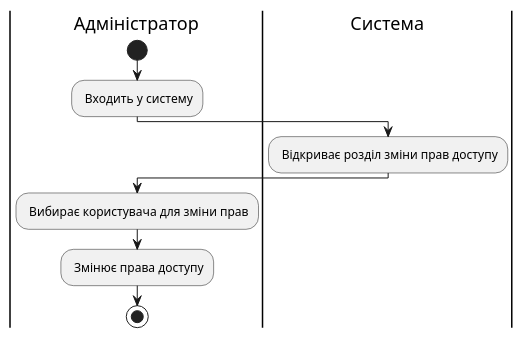
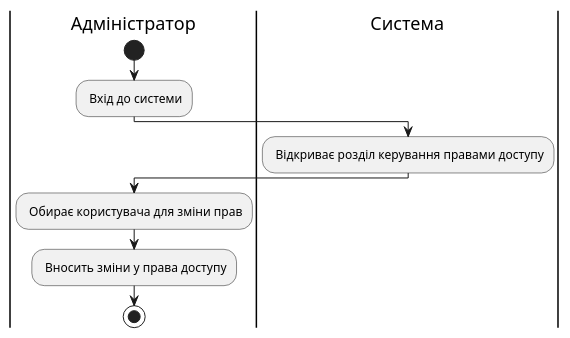
Diagram 11 of 13 in docs/use cases/README.md (tyntyntynnnn/edu_db_labs), drawn with PlantUML before and after one commit. The commit also changed other lines of this file, not shown here.

Commit message:
diagrams

```diff
--- a/docs/use cases/README.md
+++ b/docs/use cases/README.md
@@ -494,16 +489,16 @@
 @startuml
 
-    |Адміністратор|
-    start;
-    : Входить у систему;
-    
-    |Система|
-    : Відкриває розділ зміни прав доступу;
-    
-    |Адміністратор|
-    : Вибирає користувача для зміни прав;
-    : Змінює права доступу;
-    
-    stop;
+|Адміністратор|
+start;
+: Вхід до системи;
+
+|Система|
+: Відкриває розділ керування правами доступу;
+
+|Адміністратор|
+: Обирає користувача для зміни прав;
+: Вносить зміни у права доступу;
+
+stop;
 
 @enduml
```
